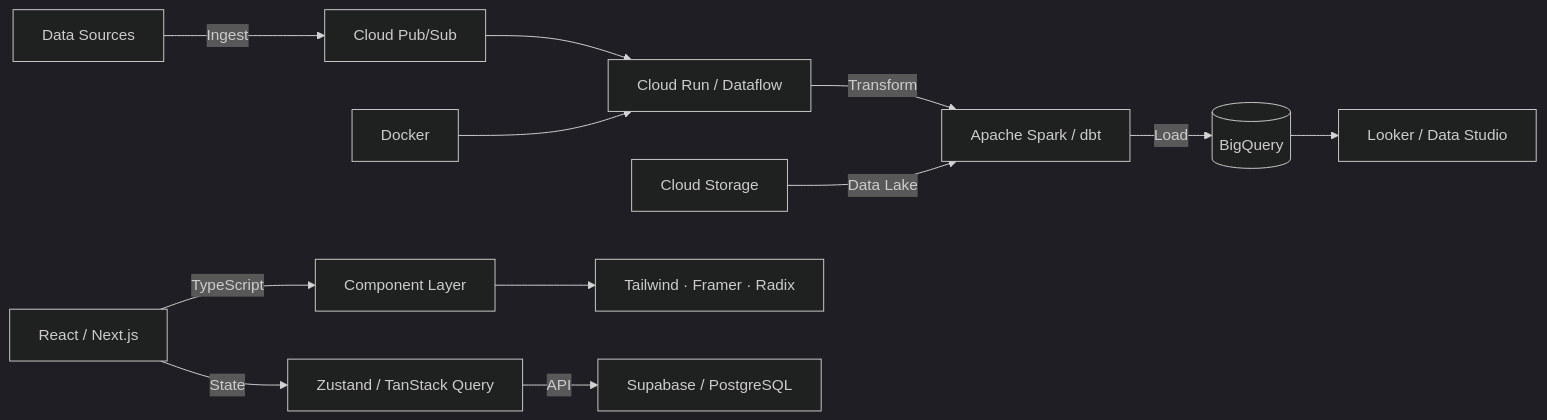
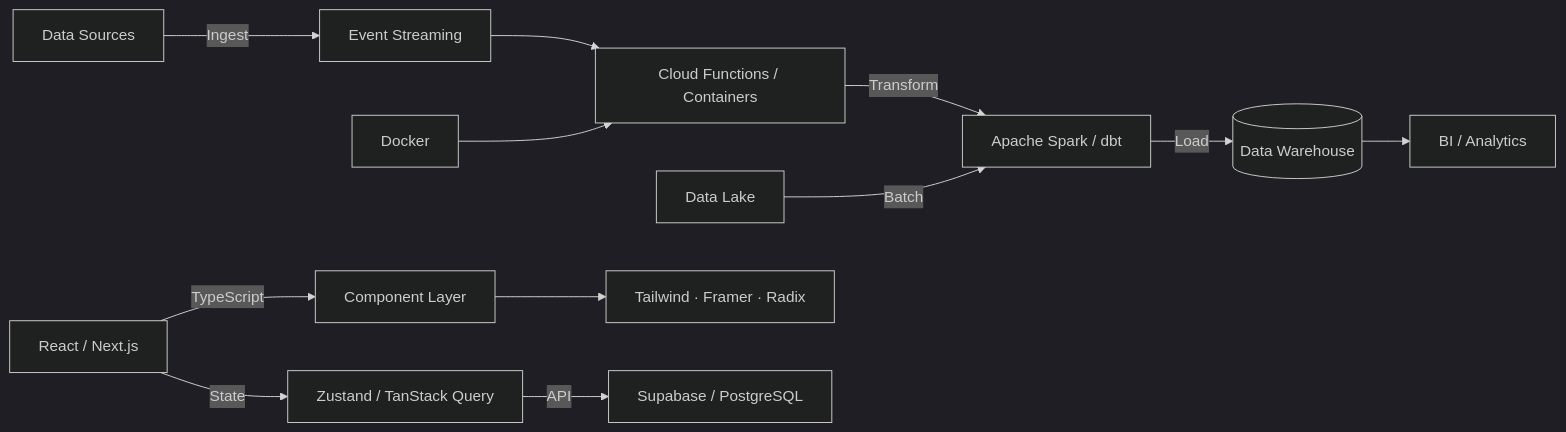
One commit to Eljosek/Eljosek changed the diagram in README.md. Above: the diagram before and after it, drawn with Mermaid (dark theme). The commit also changed other lines of this file, not shown here.

Commit message:
✨ Redesign profile: pixel art, collapsible code, cloud computing, live project links

````diff
--- a/README.md
+++ b/README.md
@@ -269,15 +283,15 @@
 ```mermaid
 graph LR
-    A[Data Sources] -->|Ingest| B[Cloud Pub/Sub]
-    B --> C[Cloud Run / Dataflow]
+    A[Data Sources] -->|Ingest| B[Event Streaming]
+    B --> C[Cloud Functions / Containers]
     C -->|Transform| D[Apache Spark / dbt]
-    D -->|Load| E[(BigQuery)]
-    E --> F[Looker / Data Studio]
-    G[Cloud Storage] -->|Data Lake| D
+    D -->|Load| E[(Data Warehouse)]
+    E --> F[BI / Analytics]
+    G[Data Lake] -->|Batch| D
     H[Docker] --> C
 
     I[React / Next.js] -->|TypeScript| J[Component Layer]
     J --> K[Tailwind · Framer · Radix]
     I -->|State| L[Zustand / TanStack Query]
     L -->|API| M[Supabase / PostgreSQL]
 ```
````
